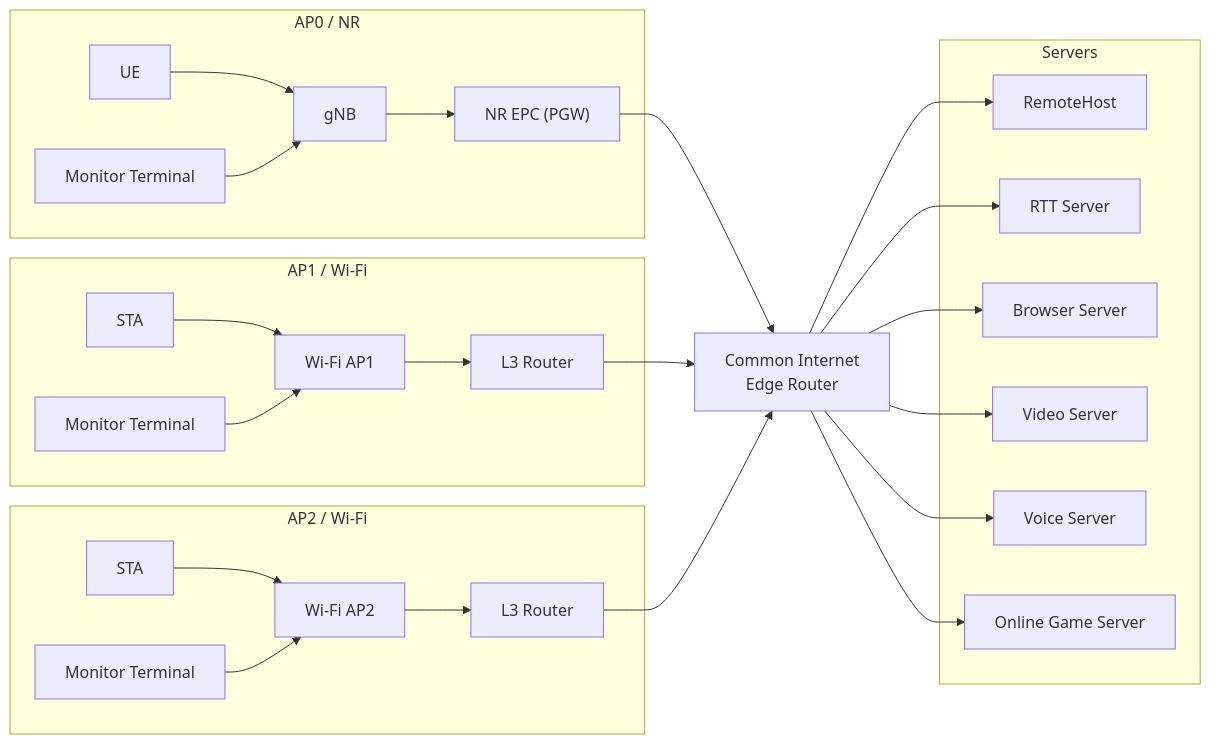
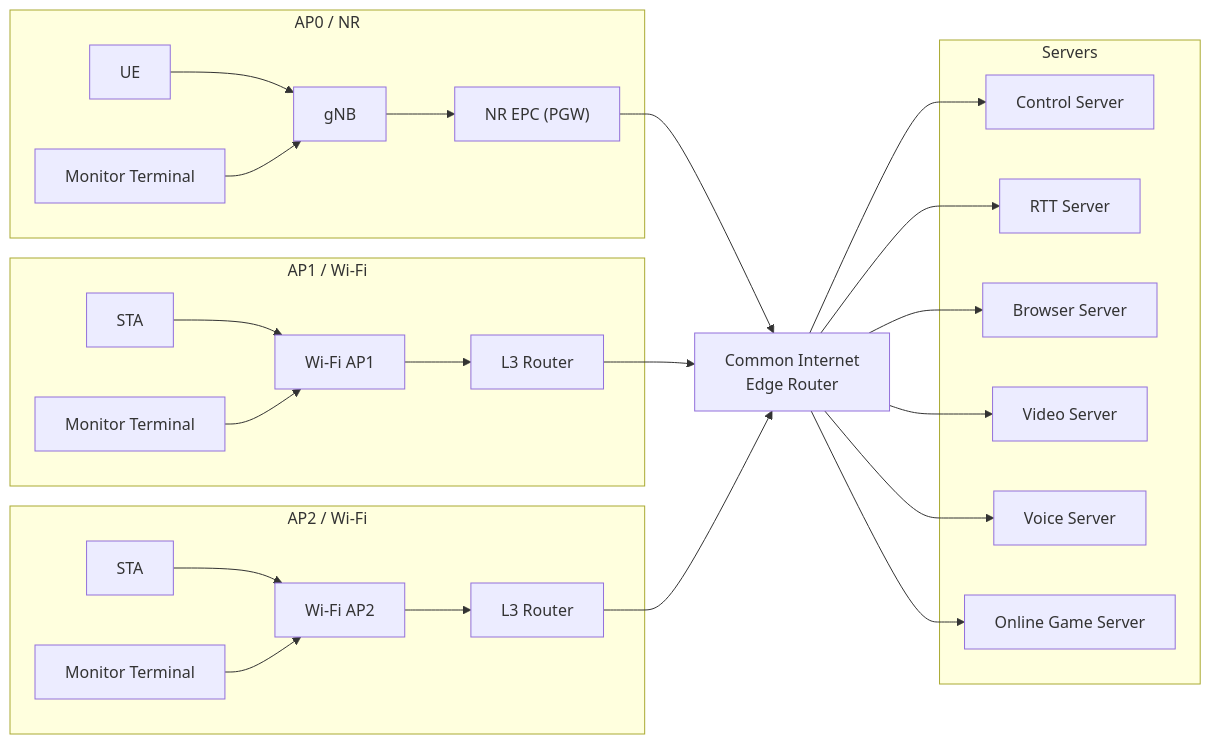
The diagram in README.md (Sota-Okochi/ns-3.44), drawn with Mermaid before and after one commit.

Commit message:
Refactor flowchart structure in README.md

````diff
--- a/README.md
+++ b/README.md
@@ -22,56 +22,56 @@
 ```mermaid
 flowchart LR
     %% --- Groups ---
+    subgraph GWiFi2["AP2 / Wi-Fi"]
+        WIFI2MON["Monitor Terminal"]
+        WIFI2STA["STA"]
+        WIFI2AP["Wi-Fi AP2"]
+        WIFI2R["L3 Router"]
+        WIFI2STA --> WIFI2AP
+        WIFI2MON --> WIFI2AP
+        WIFI2AP --> WIFI2R
+    end
+
+    subgraph GWiFi1["AP1 / Wi-Fi"]
+        WIFI1MON["Monitor Terminal"]
+        WIFI1STA["STA"]
+        WIFI1AP["Wi-Fi AP1"]
+        WIFI1R["L3 Router"]
+        WIFI1STA --> WIFI1AP
+        WIFI1MON --> WIFI1AP
+        WIFI1AP --> WIFI1R
+    end
+
     subgraph GNR["AP0 / NR"]
+        NRMON["Monitor Terminal"]
         NRUE["UE"]
-        NRMON["Monitor Terminal"]
         gNB["gNB"]
         NREPC["NR EPC (PGW)"]
         NRUE --> gNB
         NRMON --> gNB
         gNB --> NREPC
     end
 
-    subgraph GWiFi1["AP1 / Wi-Fi"]
-        WIFI1STA["STA"]
-        WIFI1MON["Monitor Terminal"]
-        WIFI1AP["Wi-Fi AP1"]
-        WIFI1R["L3 Router"]
-        WIFI1STA --> WIFI1AP
-        WIFI1MON --> WIFI1AP
-        WIFI1AP --> WIFI1R
-    end
-
-    subgraph GWiFi2["AP2 / Wi-Fi"]
-        WIFI2STA["STA"]
-        WIFI2MON["Monitor Terminal"]
-        WIFI2AP["Wi-Fi AP2"]
-        WIFI2R["L3 Router"]
-        WIFI2STA --> WIFI2AP
-        WIFI2MON --> WIFI2AP
-        WIFI2AP --> WIFI2R
-    end
-
     subgraph Servers["Servers"]
-        RH["RemoteHost"]
+        RH["Control Server"]
         RTT["RTT Server"]
         BRW["Browser Server"]
         VID["Video Server"]
         VOI["Voice Server"]
         GAM["Online Game Server"]
     end
 
     %% --- Core Edge ---
     CER["Common Internet<br/>Edge Router"]
     NREPC --> CER
     WIFI1R --> CER
     WIFI2R --> CER
 
     %% --- Fan-out to servers ---
     CER --> RH
     CER --> RTT
     CER --> BRW
     CER --> VID
     CER --> VOI
     CER --> GAM
 ```
````
